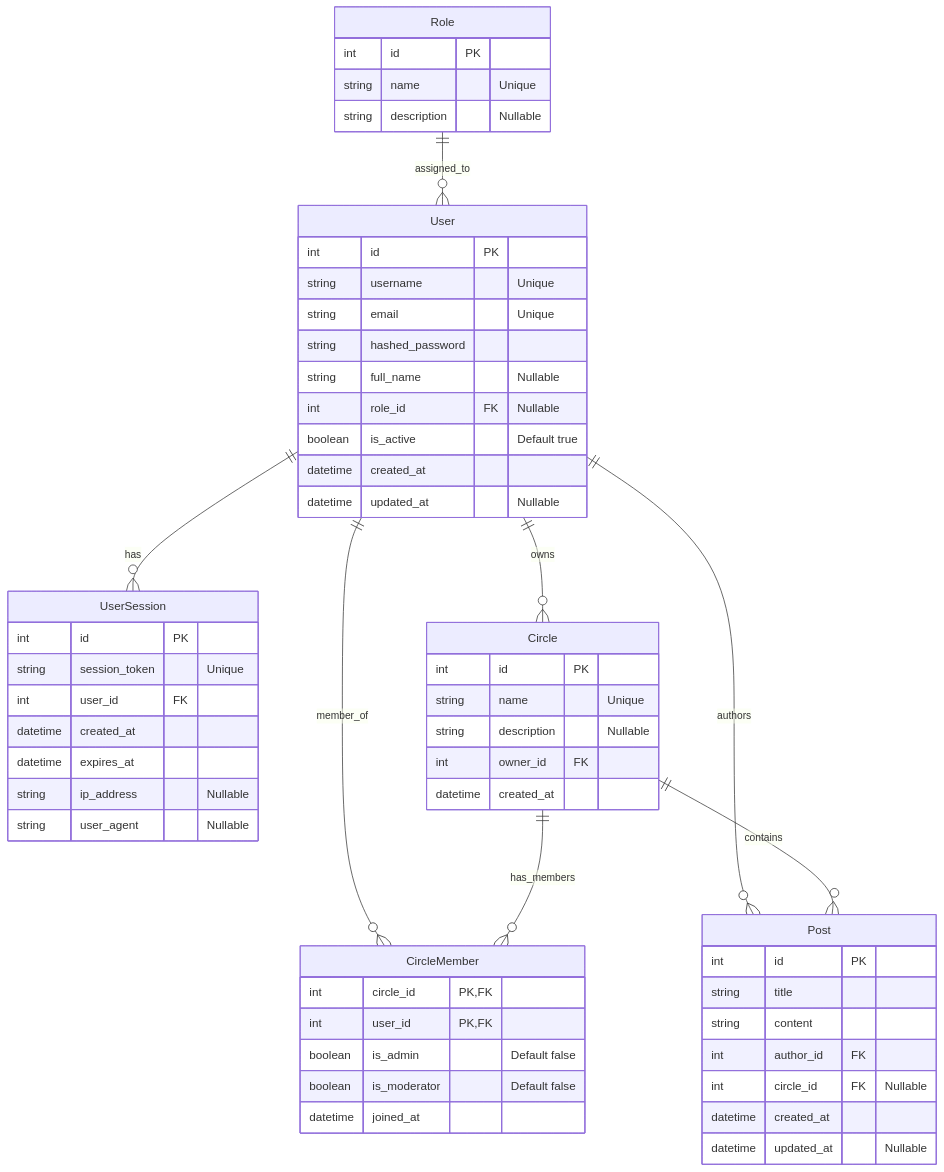
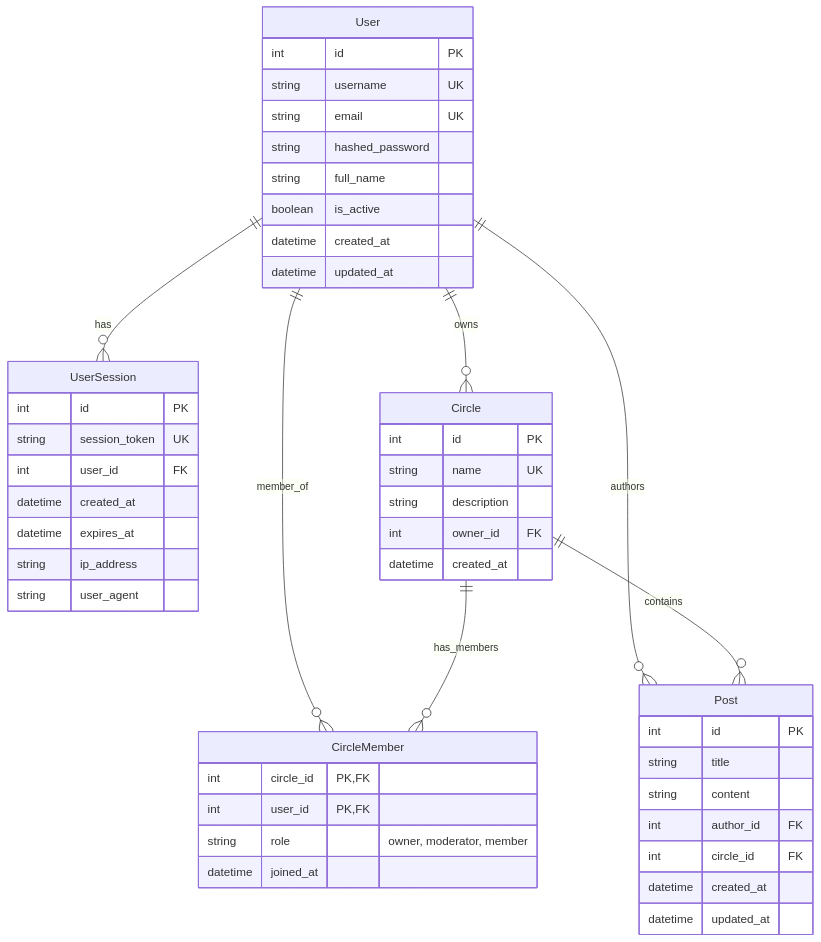
The diagram in docs/ER_DIAGRAM.md (DiscSecOps/DiscSecOps), drawn with Mermaid before and after one commit. The commit also changed other lines of this file and 16 other files, not shown here.

````diff
--- a/docs/ER_DIAGRAM.md
+++ b/docs/ER_DIAGRAM.md
@@ -8,65 +9,56 @@
 ```mermaid
 erDiagram
-    Role {
-        int id PK
-        string name "Unique"
-        string description "Nullable"
-    }
-
     User {
         int id PK
-        string username "Unique"
-        string email "Unique"
+        string username UK
+        string email UK
         string hashed_password
-        string full_name "Nullable"
-        int role_id FK "Nullable"
-        boolean is_active "Default true"
+        string full_name
+        boolean is_active
         datetime created_at
-        datetime updated_at "Nullable"
+        datetime updated_at
     }
 
     UserSession {
         int id PK
-        string session_token "Unique"
+        string session_token UK
         int user_id FK
         datetime created_at
         datetime expires_at
-        string ip_address "Nullable"
-        string user_agent "Nullable"
+        string ip_address
+        string user_agent
     }
 
     Circle {
         int id PK
-        string name "Unique"
-        string description "Nullable"
+        string name UK
+        string description
         int owner_id FK
         datetime created_at
     }
 
     CircleMember {
         int circle_id PK, FK
         int user_id PK, FK
-        boolean is_admin "Default false"
-        boolean is_moderator "Default false"
+        string role "owner, moderator, member"
         datetime joined_at
     }
 
     Post {
         int id PK
         string title
         string content
         int author_id FK
-        int circle_id FK "Nullable"
+        int circle_id FK
         datetime created_at
-        datetime updated_at "Nullable"
+        datetime updated_at
     }
 
     %% Relationships
-    Role ||--o{ User : "assigned_to"
     User ||--o{ UserSession : "has"
     User ||--o{ Circle : "owns"
     User ||--o{ Post : "authors"
     User ||--o{ CircleMember : "member_of"
     Circle ||--o{ CircleMember : "has_members"
     Circle ||--o{ Post : "contains"
 ```
````
